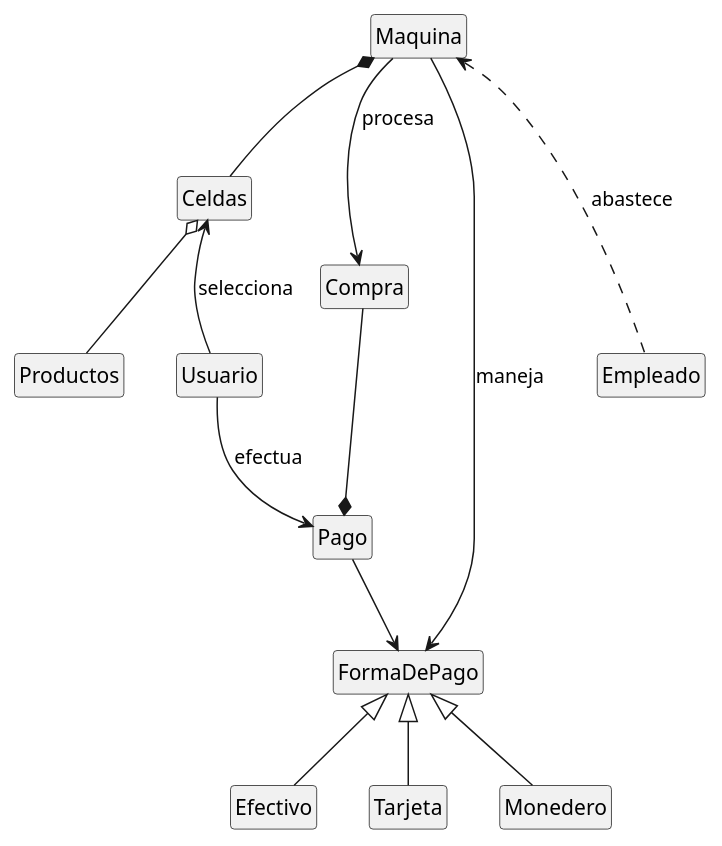
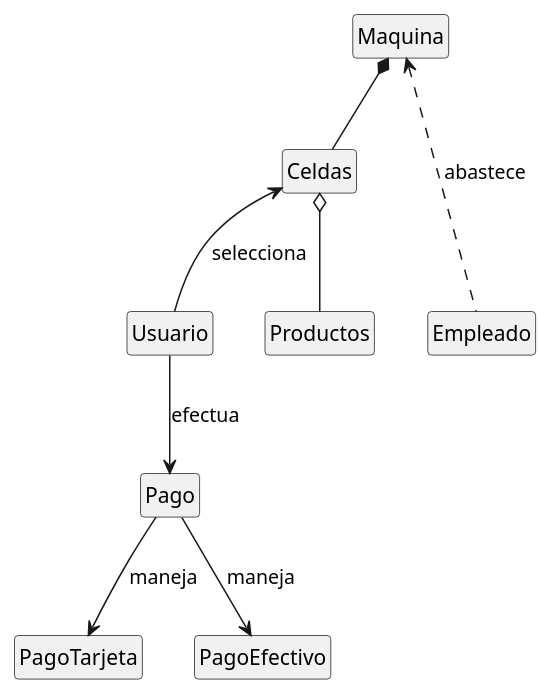
Before and after one commit to mmasias/24-25-IdSw2-SDD: the diagram in documentos/modeloDeDominio/diagramaDeClases/diagramaDeClasesRelaciones.puml, drawn with PlantUML. The commit also changed 1 other file, not shown here.

Commit message:
feat: Actualizar diagrama de clases para incluir clases de pago y sus relaciones

```diff
--- a/documentos/modeloDeDominio/diagramaDeClases/diagramaDeClasesRelaciones.puml
+++ b/documentos/modeloDeDominio/diagramaDeClases/diagramaDeClasesRelaciones.puml
@@ -1,27 +1,22 @@
 @startuml diagramaDeClases
 hide empty members
 hide circles
 
 class Maquina
-class FormaDePago
 class Pago
+class PagoTarjeta
+class PagoEfectivo
 class Usuario
 class Productos
 class Celdas
-class Compra
 class Empleado
 
-Maquina --> FormaDePago : maneja
 Maquina *-- Celdas
-Maquina --> Compra : procesa
 Celdas o-- Productos
 Usuario -U-> Celdas : selecciona 
-Usuario --> Pago : efectua
-Pago --> FormaDePago 
-Compra --* Pago
+Usuario --> Pago : efectua 
 Empleado .U..> Maquina : abastece
-FormaDePago <|-- Efectivo
-FormaDePago <|-- Tarjeta
-FormaDePago <|-- Monedero
+Pago --> PagoEfectivo : maneja
+Pago --> PagoTarjeta : maneja
 
 @enduml
```
